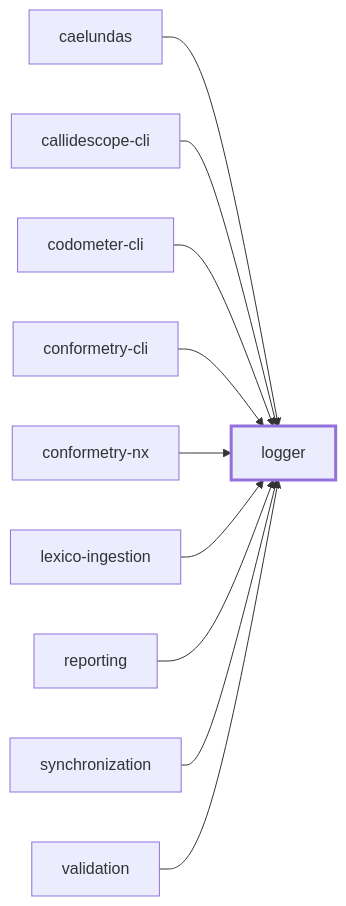
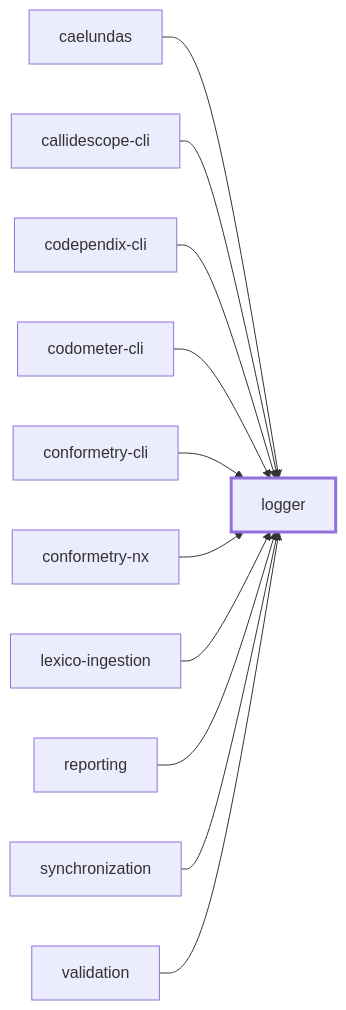
The first of 2 diagrams in packages/logger/README.md (JimmyPaolini/codebase), drawn with Mermaid before and after one commit. The commit also changed 91 other files, not shown here.

````diff
--- a/packages/logger/README.md
+++ b/packages/logger/README.md
@@ -77,24 +77,26 @@
 ```mermaid
 flowchart LR
   caelundas["caelundas"]
   callidescope_cli["callidescope-cli"]
+  codependix_cli["codependix-cli"]
   codometer_cli["codometer-cli"]
   conformetry_cli["conformetry-cli"]
   conformetry_nx["conformetry-nx"]
   lexico_ingestion["lexico-ingestion"]
   logger["logger"]
   reporting["reporting"]
   synchronization["synchronization"]
   validation["validation"]
   caelundas --> logger
   callidescope_cli --> logger
+  codependix_cli --> logger
   codometer_cli --> logger
   conformetry_cli --> logger
   conformetry_nx --> logger
   lexico_ingestion --> logger
   reporting --> logger
   synchronization --> logger
   validation --> logger
   classDef subject stroke-width:3px
   class logger subject
 ```
````
